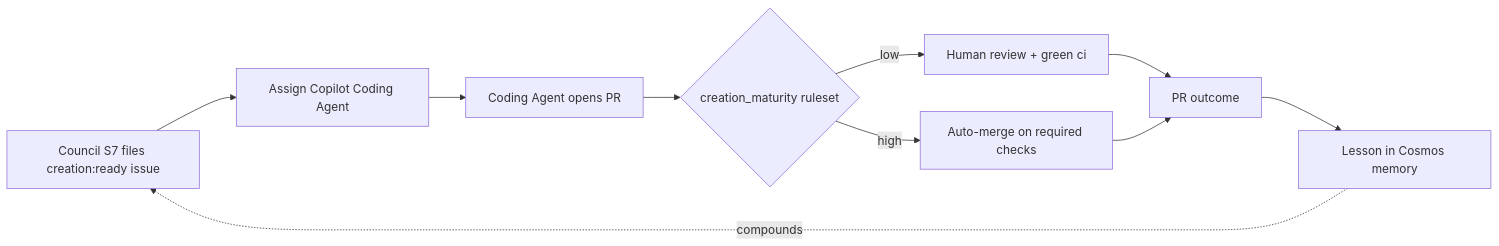
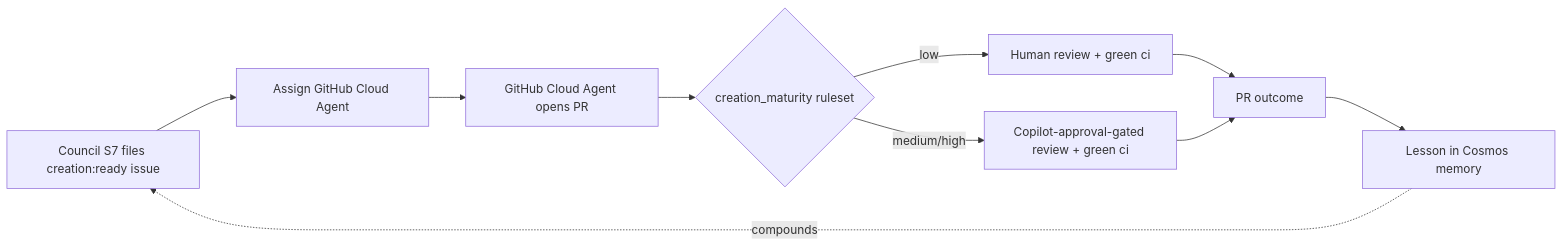
One commit to JoranBergfeld/dark-software-factory changed the diagram in docs/site/concept/creation.md. Above: the diagram before and after it, drawn with Mermaid. The commit also changed other lines of this file and 29 other files, not shown here.

First line of the commit message:
Wire Creation/Operation maturity levels, SRE Agent RBAC, and Phases/Implementations/Handoffs docs (#165)

````diff
--- a/docs/site/concept/creation.md
+++ b/docs/site/concept/creation.md
@@ -67,12 +59,12 @@
 ```mermaid
 flowchart LR
-    FC["Council S7 files creation:ready issue"] --> A["Assign Copilot Coding Agent"]
-    A --> PR["Coding Agent opens PR"]
+    FC["Council S7 files creation:ready issue"] --> A["Assign GitHub Cloud Agent"]
+    A --> PR["GitHub Cloud Agent opens PR"]
     PR --> G{"creation_maturity ruleset"}
     G -->|low| H["Human review + green ci"]
-    G -->|high| M["Auto-merge on required checks"]
+    G -->|medium/high| C["Copilot-approval-gated review + green ci"]
     H --> O["PR outcome"]
-    M --> O
+    C --> O
     O --> L["Lesson in Cosmos memory"]
     L -.->|compounds| FC
 ```
````
